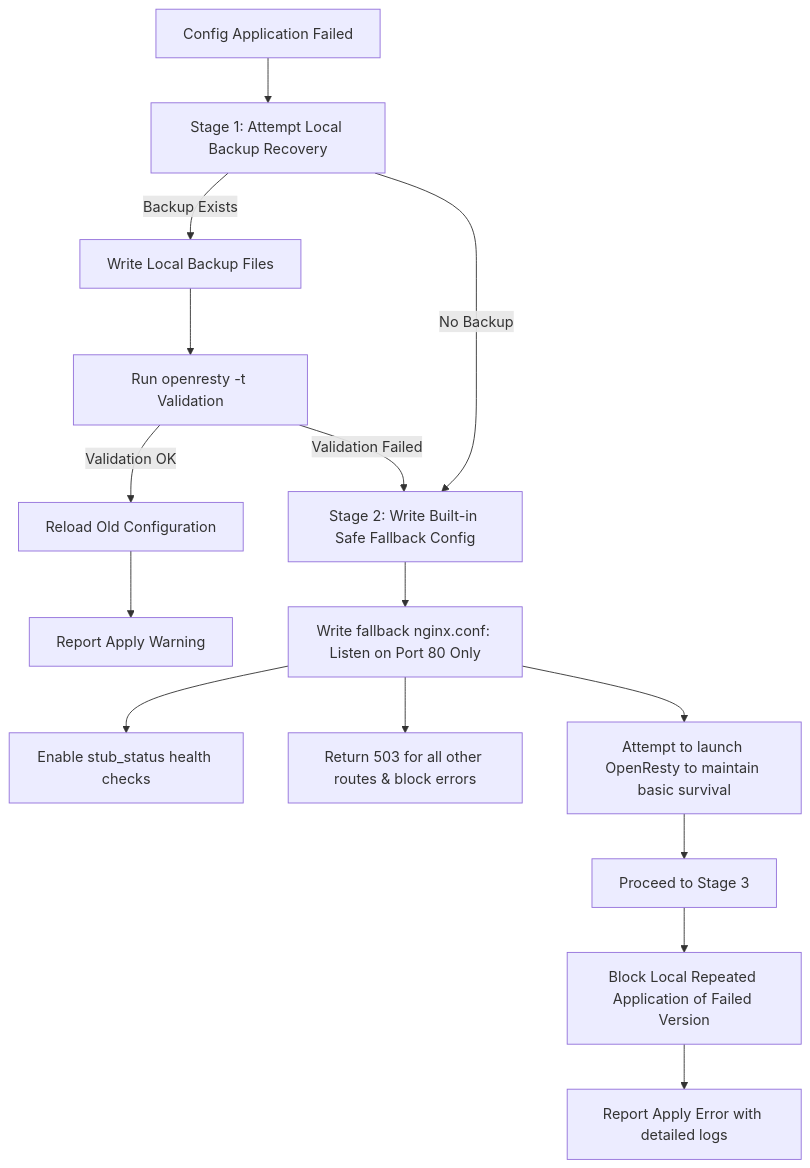
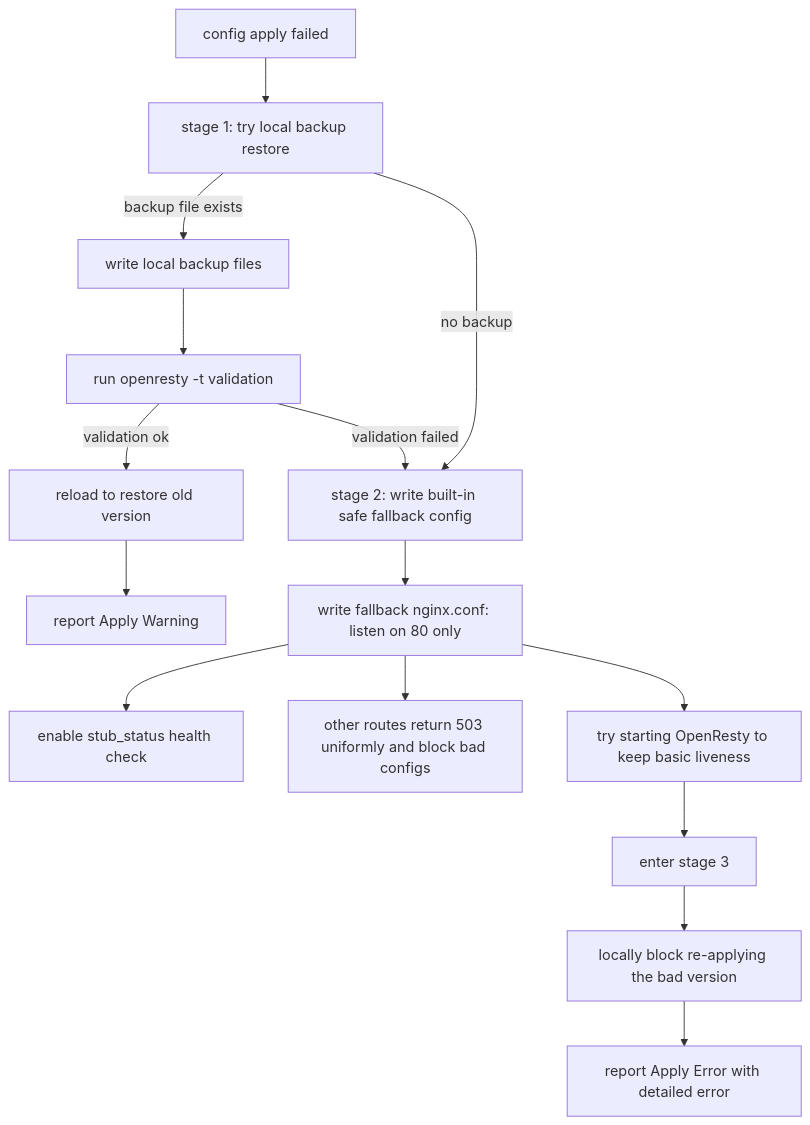
Before and after one commit to Rain-kl/OpenFlare: the second of 2 diagrams in docs/en/design/agent-design.md, drawn with Mermaid. The commit also changed other lines of this file and 23 other files, not shown here.

````diff
--- a/docs/en/design/agent-design.md
+++ b/docs/en/design/agent-design.md
@@ -133,17 +128,17 @@
 ```mermaid
 graph TD
-    A[Config Application Failed] --> B[Stage 1: Attempt Local Backup Recovery]
-    B -- Backup Exists --> C[Write Local Backup Files]
-    C --> D[Run openresty -t Validation]
-    D -- Validation OK --> E[Reload Old Configuration]
-    D -- Validation Failed --> F[Proceed to Stage 2]
-    B -- No Backup --> F[Stage 2: Write Built-in Safe Fallback Config]
-    F --> G[Write fallback nginx.conf: Listen on Port 80 Only]
-    G --> H[Enable stub_status health checks]
-    G --> I[Return 503 for all other routes & block errors]
-    G --> J[Attempt to launch OpenResty to maintain basic survival]
-    J --> K[Proceed to Stage 3]
-    E --> L[Report Apply Warning]
-    K --> M[Block Local Repeated Application of Failed Version]
-    M --> N[Report Apply Error with detailed logs]
+    A[config apply failed] --> B[stage 1: try local backup restore]
+    B -- backup file exists --> C[write local backup files]
+    C --> D[run openresty -t validation]
+    D -- validation ok --> E[reload to restore old version]
+    D -- validation failed --> F[enter stage 2]
+    B -- no backup --> F[stage 2: write built-in safe fallback config]
+    F --> G[write fallback nginx.conf: listen on 80 only]
+    G --> H[enable stub_status health check]
+    G --> I[other routes return 503 uniformly and block bad configs]
+    G --> J[try starting OpenResty to keep basic liveness]
+    J --> K[enter stage 3]
+    E --> L[report Apply Warning]
+    K --> M[locally block re-applying the bad version]
+    M --> N[report Apply Error with detailed error]
 ```
````
